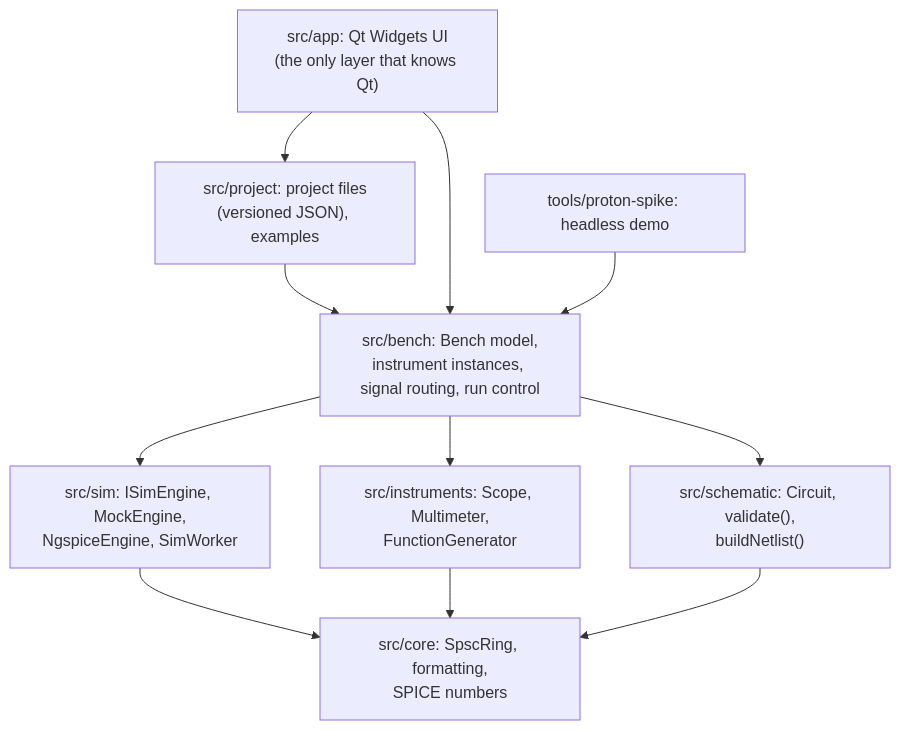
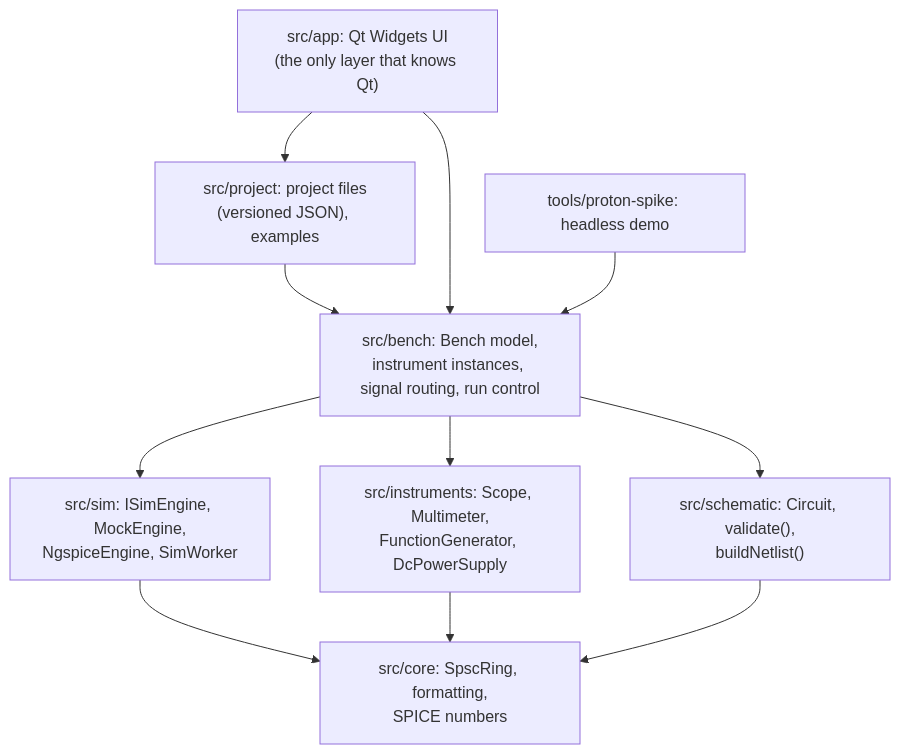
One commit to sergiorf/proton changed the first of 3 diagrams in docs/ARCHITECTURE.md. Above: the diagram before and after it, drawn with Mermaid. The commit also changed other lines of this file and 37 other files, not shown here.

First line of the commit message:
DC power supply (M5.1)

````diff
--- a/docs/ARCHITECTURE.md
+++ b/docs/ARCHITECTURE.md
@@ -36,18 +36,18 @@
 ```mermaid
 flowchart TB
   app["src/app: Qt Widgets UI<br/>(the only layer that knows Qt)"]
   project["src/project: project files<br/>(versioned JSON), examples"]
   bench["src/bench: Bench model,<br/>instrument instances, signal routing, run control"]
   tools["tools/proton-spike: headless demo"]
   sim["src/sim: ISimEngine, MockEngine,<br/>NgspiceEngine, SimWorker"]
-  ins["src/instruments: Scope, Multimeter,<br/>FunctionGenerator"]
+  ins["src/instruments: Scope, Multimeter,<br/>FunctionGenerator, DcPowerSupply"]
   sch["src/schematic: Circuit, validate(),<br/>buildNetlist()"]
   core["src/core: SpscRing, formatting,<br/>SPICE numbers"]
   app --> project --> bench
   app --> bench
   tools --> bench
   bench --> sim & ins & sch
   sim --> core
   ins --> core
   sch --> core
 ```
````
